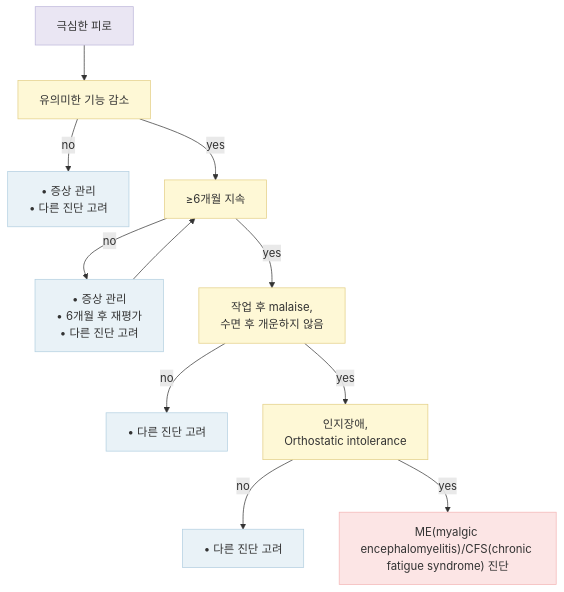
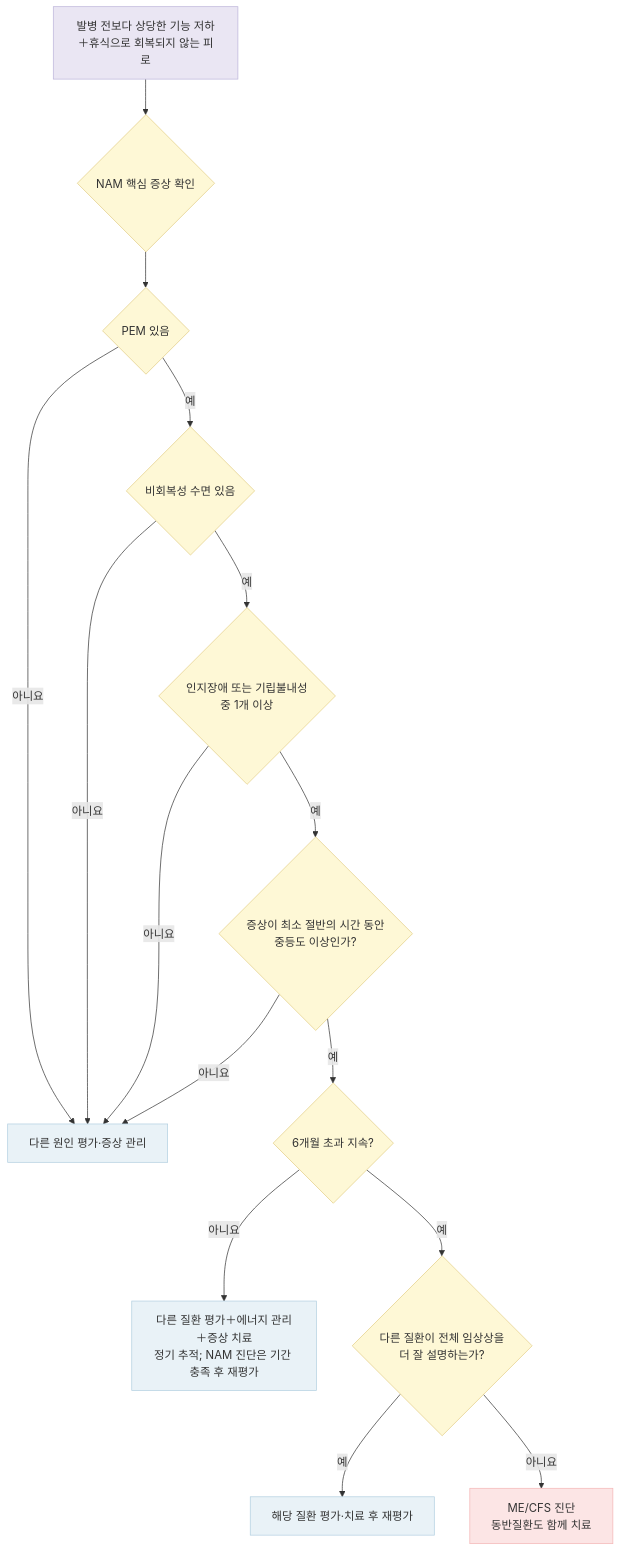
One commit to familyoh77/familyoh77 changed the diagram in 230_/194_.md. Above: the diagram before and after it, drawn with Mermaid. The commit also changed other lines of this file, not shown here.

````diff
--- a/230_/194_.md
+++ b/230_/194_.md
@@ -101,35 +177,27 @@
 ```mermaid
 flowchart TD
-    A["극심한 피로"] --> B["유의미한 기능 감소"]
-    
-    B -- no --> C["• 증상 관리<br>• 다른 진단 고려"]
-    B -- yes --> D["≥6개월 지속"]
-    
-    D -- no --> E["• 증상 관리<br>• 6개월 후 재평가<br>• 다른 진단 고려"]
-    E --> D
-    
-    D -- yes --> F["작업 후 malaise,<br>수면 후 개운하지 않음"]
-    
-    F -- no --> G["• 다른 진단 고려"]
-    F -- yes --> H["인지장애,<br>Orthostatic intolerance"]
-    
-    H -- no --> I["• 다른 진단 고려"]
-    H -- yes --> J["ME(myalgic encephalomyelitis)/CFS(chronic fatigue syndrome) 진단"]
+    A["발병 전보다 상당한 기능 저하＋휴식으로 회복되지 않는 피로"] --> B{"NAM 핵심 증상 확인"}
+    B --> C{"PEM 있음"}
+    C -- "아니요" --> X["다른 원인 평가·증상 관리"]
+    C -- "예" --> D{"비회복성 수면 있음"}
+    D -- "아니요" --> X
+    D -- "예" --> E{"인지장애 또는 기립불내성<br/>중 1개 이상"}
+    E -- "아니요" --> X
+    E -- "예" --> F{"증상이 최소 절반의 시간 동안<br/>중등도 이상인가?"}
+    F -- "아니요" --> X
+    F -- "예" --> G{"6개월 초과 지속?"}
+    G -- "아니요" --> H["다른 질환 평가＋에너지 관리＋증상 치료<br/>정기 추적; NAM 진단은 기간 충족 후 재평가"]
+    G -- "예" --> I{"다른 질환이 전체 임상상을<br/>더 잘 설명하는가?"}
+    I -- "예" --> J["해당 질환 평가·치료 후 재평가"]
+    I -- "아니요" --> K["ME/CFS 진단<br/>동반질환도 함께 치료"]
 
     classDef startNode fill:#EAE6F3,stroke:#BCB5DA,stroke-width:1px;
     classDef yellowNode fill:#FEF8D6,stroke:#E3CE85,stroke-width:1px;
     classDef blueNode fill:#E9F2F7,stroke:#B2CFE0,stroke-width:1px;
     classDef pinkNode fill:#FCE5E5,stroke:#F4B6B6,stroke-width:1px;
 
     class A startNode;
-    class B yellowNode;
-    class C blueNode;
-    class D yellowNode;
-    class E blueNode;
-    class F yellowNode;
-    class G blueNode;
-    class H yellowNode;
-    class I blueNode;
-    class J pinkNode;
-
+    class B,C,D,E,F,G,I yellowNode;
+    class X,H,J blueNode;
+    class K pinkNode;
 ```
````
